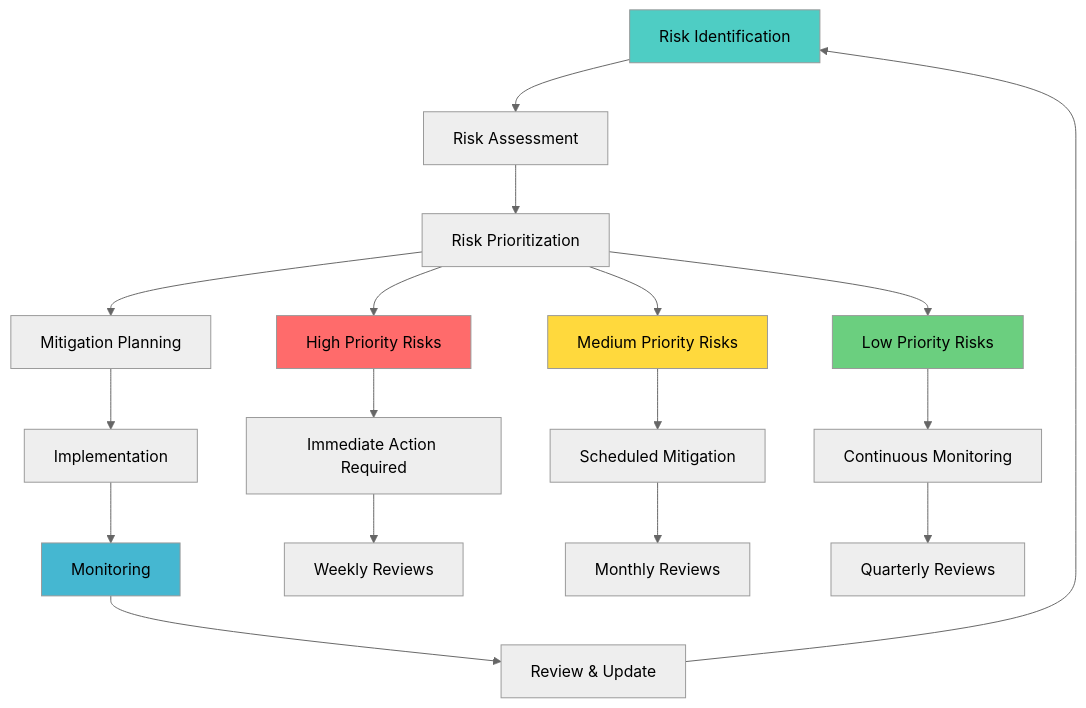
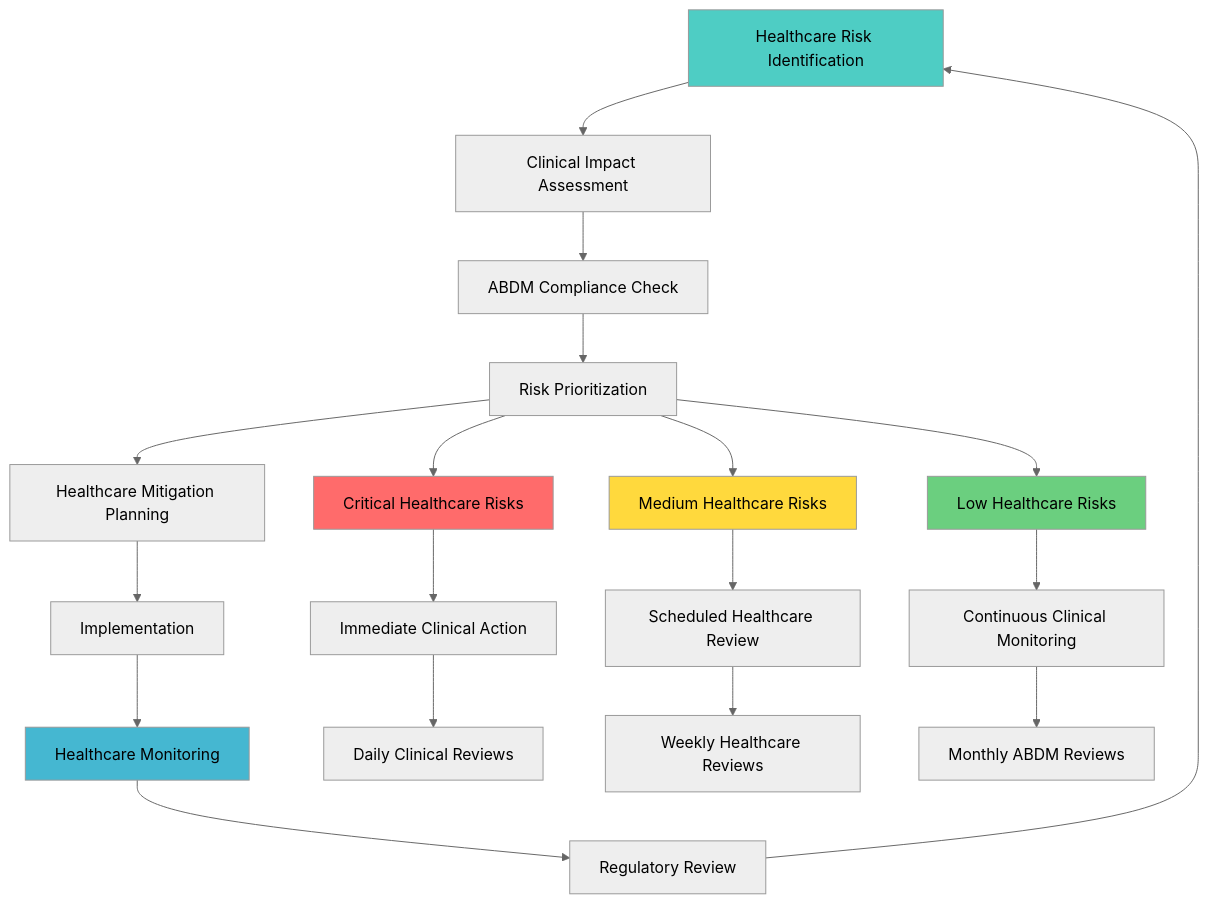
One commit to health-tech-uhi/blueprint changed diagram 11 of 11 in 05-implementation-plan.md. Above: the diagram before and after it, drawn with Mermaid (neutral theme). The commit also changed other lines of this file and 8 other files, not shown here.

````diff
--- a/05-implementation-plan.md
+++ b/05-implementation-plan.md
@@ -703,28 +829,29 @@
 ```mermaid
 flowchart TD
-    A[Risk Identification] --> B[Risk Assessment]
-    B --> C[Risk Prioritization]
-    C --> D[Mitigation Planning]
-    D --> E[Implementation]
-    E --> F[Monitoring]
-    F --> G[Review & Update]
-    G --> A
+    A[Healthcare Risk Identification] --> B[Clinical Impact Assessment]
+    B --> C[ABDM Compliance Check]
+    C --> D[Risk Prioritization]
+    D --> E[Healthcare Mitigation Planning]
+    E --> F[Implementation]
+    F --> G[Healthcare Monitoring]
+    G --> H[Regulatory Review]
+    H --> A
     
-    C --> H[High Priority Risks]
-    C --> I[Medium Priority Risks]
-    C --> J[Low Priority Risks]
+    D --> I[Critical Healthcare Risks]
+    D --> J[Medium Healthcare Risks]
+    D --> K[Low Healthcare Risks]
     
-    H --> K[Immediate Action Required]
-    I --> L[Scheduled Mitigation]
-    J --> M[Continuous Monitoring]
+    I --> L[Immediate Clinical Action]
+    J --> M[Scheduled Healthcare Review]
+    K --> N[Continuous Clinical Monitoring]
     
-    K --> N[Weekly Reviews]
-    L --> O[Monthly Reviews]
-    M --> P[Quarterly Reviews]
+    L --> O[Daily Clinical Reviews]
+    M --> P[Weekly Healthcare Reviews]
+    N --> Q[Monthly ABDM Reviews]
     
-    style H fill:#ff6b6b
-    style I fill:#ffd93d
-    style J fill:#6bcf7f
+    style I fill:#ff6b6b
+    style J fill:#ffd93d
+    style K fill:#6bcf7f
     style A fill:#4ecdc4
-    style F fill:#45b7d1
+    style G fill:#45b7d1
 ```
````
